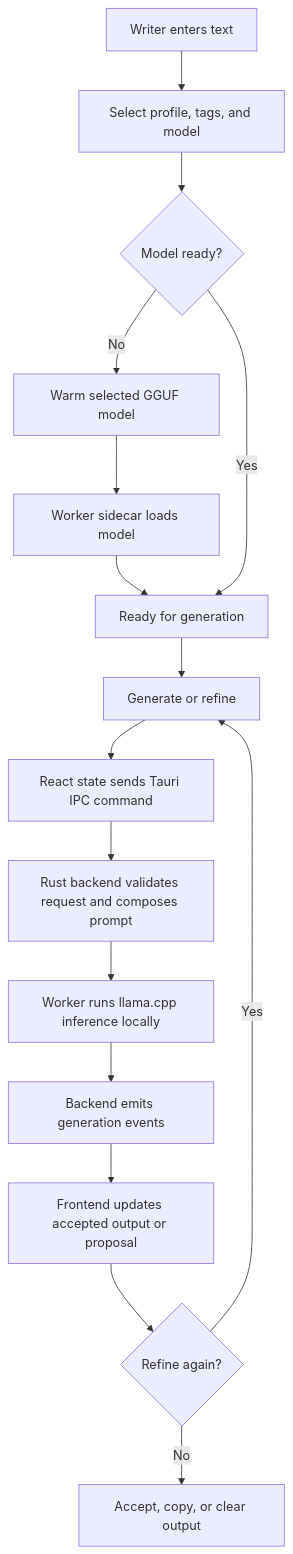
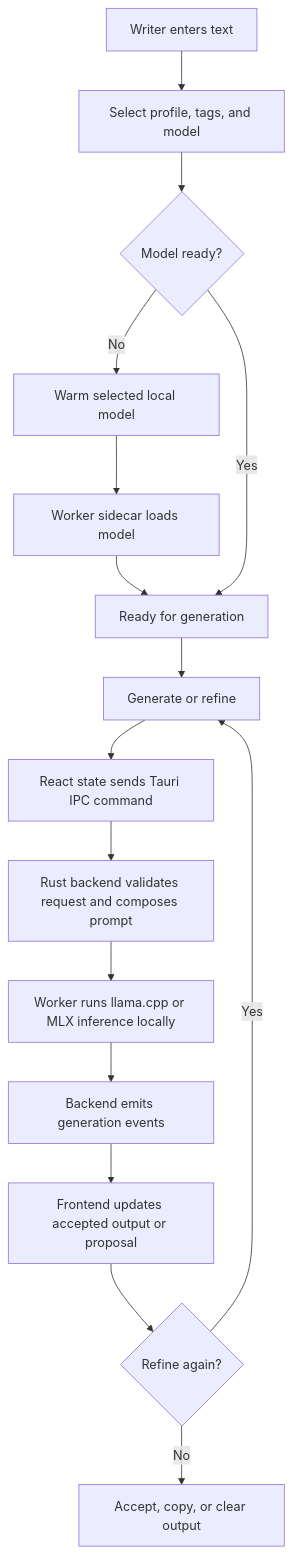
The diagram in README.md (stephenlclarke/ModuTone), drawn with Mermaid before and after one commit. The commit also changed other lines of this file and 26 other files, not shown here.

````diff
--- a/README.md
+++ b/README.md
@@ -58,18 +60,18 @@
 ```mermaid
 flowchart TD
     A[Writer enters text] --> B[Select profile, tags, and model]
     B --> C{Model ready?}
-    C -- No --> D[Warm selected GGUF model]
+    C -- No --> D[Warm selected local model]
     D --> E[Worker sidecar loads model]
     E --> F[Ready for generation]
     C -- Yes --> F
     F --> G[Generate or refine]
     G --> H[React state sends Tauri IPC command]
     H --> I[Rust backend validates request and composes prompt]
-    I --> J[Worker runs llama.cpp inference locally]
+    I --> J[Worker runs llama.cpp or MLX inference locally]
     J --> K[Backend emits generation events]
     K --> L[Frontend updates accepted output or proposal]
     L --> M{Refine again?}
     M -- Yes --> G
     M -- No --> N[Accept, copy, or clear output]
 ```
````
